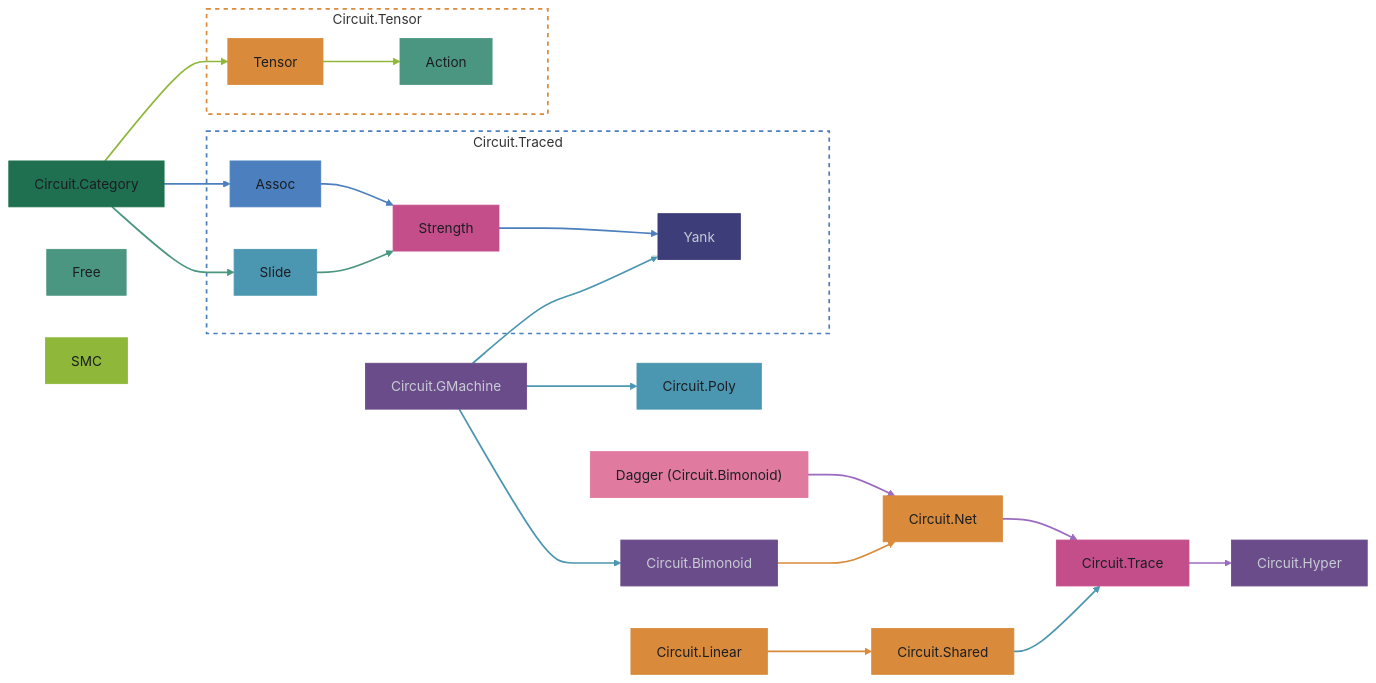
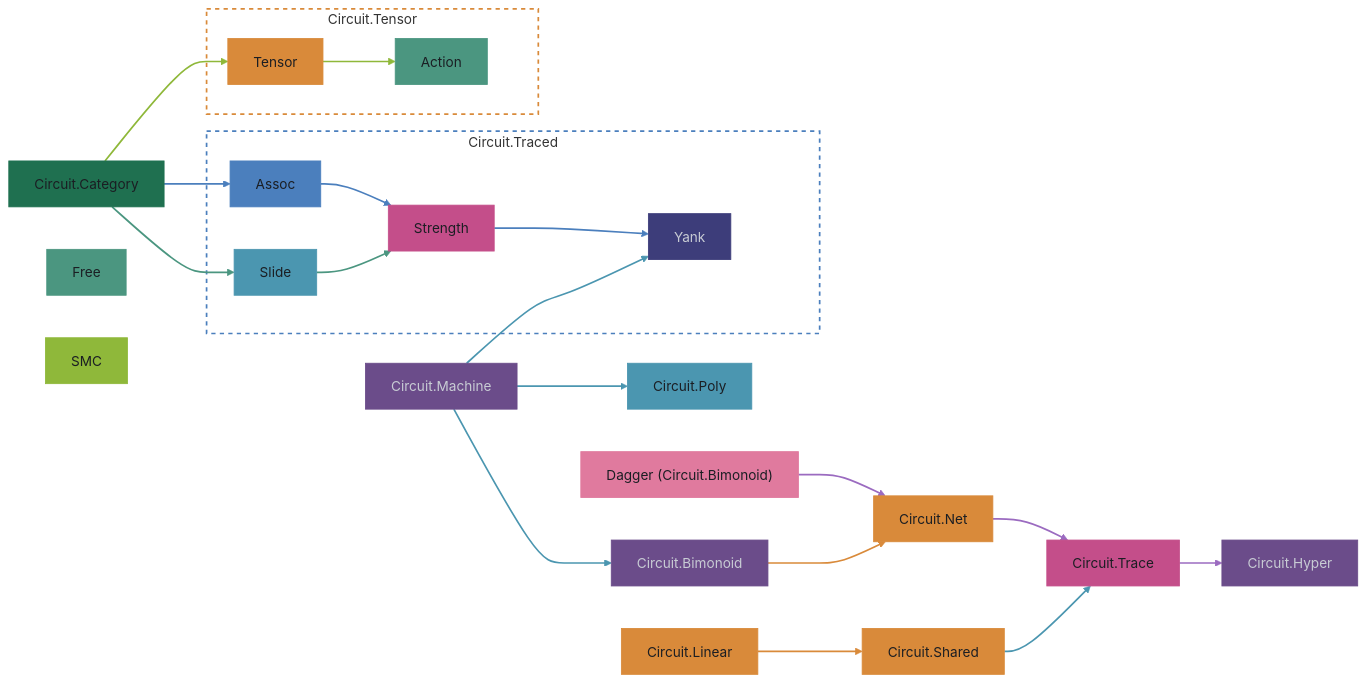
The second of 2 diagrams in readme.md (tonyday567/circuits), drawn with Mermaid (forest theme) before and after one commit. The commit also changed other lines of this file and 17 other files, not shown here.

Commit message:
the module rename: Circuit.GMachine → Circuit.Machine, Axioma.GMachine → Axioma.Machine; readme, SKILL and the hlint pins catch the new vocabulary

````diff
--- a/readme.md
+++ b/readme.md
@@ -63,67 +63,67 @@
 ```mermaid
 graph LR
   Category["Circuit.Category"]
 
   subgraph Channel ["Circuit.Traced"]
     Assoc["Assoc"]
     Slide["Slide"]
     Strength["Strength"]
     Yank["Yank"]
   end
 
   subgraph Tensor ["Circuit.Tensor"]
     TensorClass["Tensor"]
     Action["Action"]
   end
 
   Net["Circuit.Net"]
   Trace["Circuit.Trace"]
   Hyper["Circuit.Hyper"]
   Dagger["Dagger (Circuit.Bimonoid)"]
   Poly["Circuit.Poly"]
-  GMachine["Circuit.GMachine"]
+  Machine["Circuit.Machine"]
   Shared["Circuit.Shared"]
   Bimonoid["Circuit.Bimonoid"]
   Linear["Circuit.Linear"]
 
   Category --> Assoc --> Strength --> Yank
   Category --> Slide --> Strength
   Category --> TensorClass --> Action
   Net --> Trace
   Trace --> Hyper
   Dagger --> Net
-  GMachine --> Poly
-  GMachine --> Bimonoid
-  GMachine --> Yank
+  Machine --> Poly
+  Machine --> Bimonoid
+  Machine --> Yank
   Shared --> Trace
   Bimonoid --> Net
   Linear --> Shared
 
   linkStyle 0,1,2 stroke:#4B7FBD,stroke-width:2px
   linkStyle 3,4 stroke:#4B9680,stroke-width:2px
   linkStyle 5,6 stroke:#8FB83A,stroke-width:2px
   linkStyle 7,8,9 stroke:#9B6BC0,stroke-width:2px
   linkStyle 10,11,12,13 stroke:#4B96B0,stroke-width:2px
   linkStyle 14,15 stroke:#D98A3A,stroke-width:2px
 
   style Channel fill:transparent,stroke:#4B7FBD,stroke-width:2px,stroke-dasharray: 5 5
   style Tensor fill:transparent,stroke:#D98A3A,stroke-width:2px,stroke-dasharray: 5 5
   style Category fill:#1F7050,stroke:#1F7050,color:#1b1e23
   style Assoc fill:#4B7FBD,stroke:#4B7FBD,color:#1b1e23
   style Slide fill:#4B96B0,stroke:#4B96B0,color:#1b1e23
   style Strength fill:#C44E8A,stroke:#C44E8A,color:#1b1e23
   style Yank fill:#3D3D7A,stroke:#3D3D7A,color:#c8ccd4
   style TensorClass fill:#D98A3A,stroke:#D98A3A,color:#1b1e23
   style Action fill:#4B9680,stroke:#4B9680,color:#1b1e23
   style Free fill:#4B9680,stroke:#4B9680,color:#1b1e23
   style SMC fill:#8FB83A,stroke:#8FB83A,color:#1b1e23
   style Net fill:#D98A3A,stroke:#D98A3A,color:#1b1e23
   style Trace fill:#C44E8A,stroke:#C44E8A,color:#1b1e23
   style Hyper fill:#6B4C8A,stroke:#6B4C8A,color:#c8ccd4
   style Dagger fill:#E07A9E,stroke:#E07A9E,color:#1b1e23
   style Poly fill:#4B96B0,stroke:#4B96B0,color:#1b1e23
-  style GMachine fill:#6B4C8A,stroke:#6B4C8A,color:#c8ccd4
+  style Machine fill:#6B4C8A,stroke:#6B4C8A,color:#c8ccd4
   style Shared fill:#D98A3A,stroke:#D98A3A,color:#1b1e23
   style Bimonoid fill:#6B4C8A,stroke:#6B4C8A,color:#c8ccd4
   style Linear fill:#D98A3A,stroke:#D98A3A,color:#1b1e23
 ```
````
